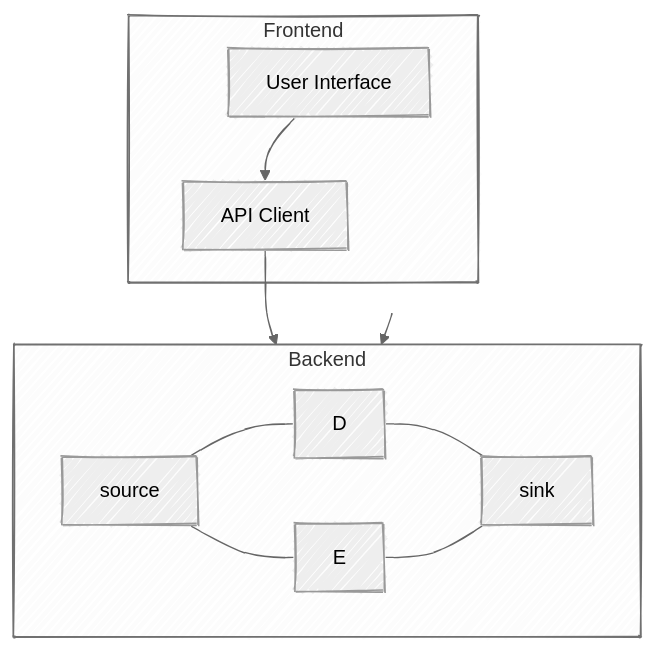
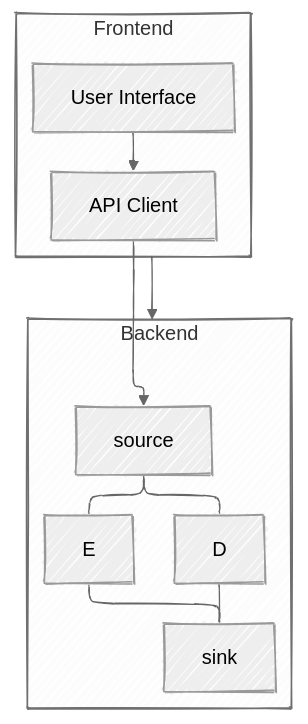
Before and after one commit to wrp/examples: the diagram in markdown/mermaid/sample.md, drawn with Mermaid.

Commit message:
Demonstrate elk layout
Type: mermaid

````diff
--- a/markdown/mermaid/sample.md
+++ b/markdown/mermaid/sample.md
@@ -2,18 +2,22 @@
 ```mermaid
 ---
 config:
         look: handDrawn
         theme: neutral
+        layout: elk
+        elk:
+                mergeEdges: true
+                nodePlacementStrategy: LINEAR_SEGMENTS
 ---
 flowchart TD
         subgraph Frontend
                 A[User Interface] --> B[API Client]
         end
         subgraph Backend
                 direction LR
                 B --> C[Authentication]
                 C[source] --- D & E --- S[sink]
         end
 
 Frontend --> Backend
 ```
````
